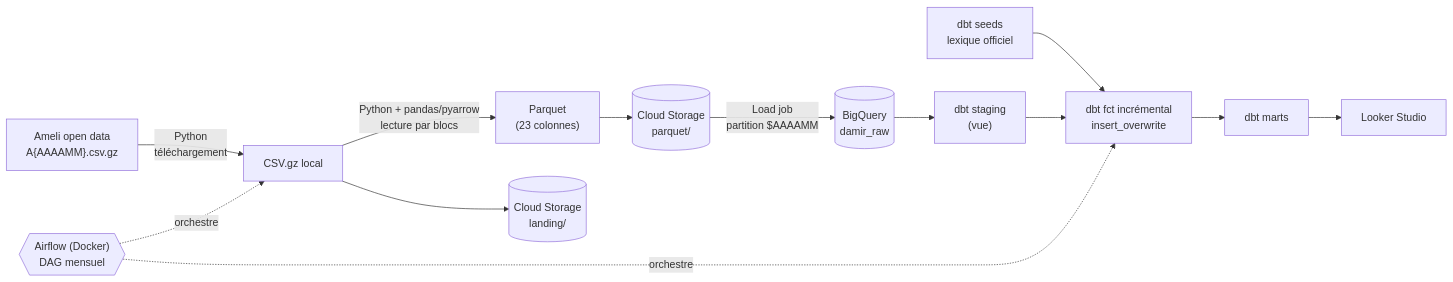
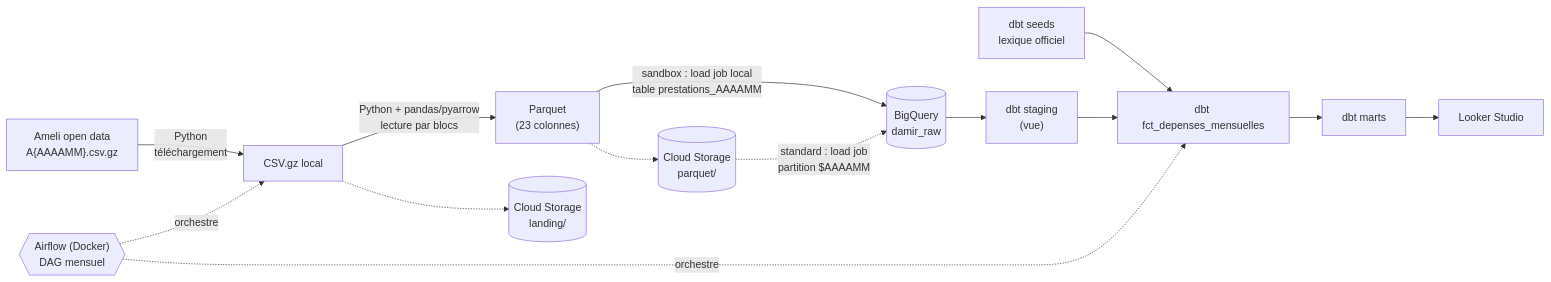
One commit to salwahmch/open-damir-gcp-pipeline changed the diagram in README.md. Above: the diagram before and after it, drawn with Mermaid. The commit also changed other lines of this file and 14 other files, not shown here.

First line of the commit message:
Mode BigQuery sandbox : pipeline sans carte bancaire ni Cloud Storage

````diff
--- a/README.md
+++ b/README.md
@@ -17,15 +17,16 @@
 ```mermaid
 flowchart LR
     A["Ameli open data<br/>A{AAAAMM}.csv.gz"] -->|"Python<br/>téléchargement"| B["CSV.gz local"]
     B -->|"Python + pandas/pyarrow<br/>lecture par blocs"| C["Parquet<br/>(23 colonnes)"]
-    B --> D[("Cloud Storage<br/>landing/")]
-    C --> E[("Cloud Storage<br/>parquet/")]
-    E -->|"Load job<br/>partition $AAAAMM"| F[("BigQuery<br/>damir_raw")]
+    C -->|"sandbox : load job local<br/>table prestations_AAAAMM"| F[("BigQuery<br/>damir_raw")]
+    B -.-> D[("Cloud Storage<br/>landing/")]
+    C -.-> E[("Cloud Storage<br/>parquet/")]
+    E -.->|"standard : load job<br/>partition $AAAAMM"| F
     F --> G["dbt staging<br/>(vue)"]
     S["dbt seeds<br/>lexique officiel"] --> H
-    G --> H["dbt fct incrémental<br/>insert_overwrite"]
+    G --> H["dbt fct_depenses_mensuelles"]
     H --> I["dbt marts"]
     I --> J["Looker Studio"]
     K{{"Airflow (Docker)<br/>DAG mensuel"}} -.orchestre.-> B
     K -.orchestre.-> H
 ```
````
